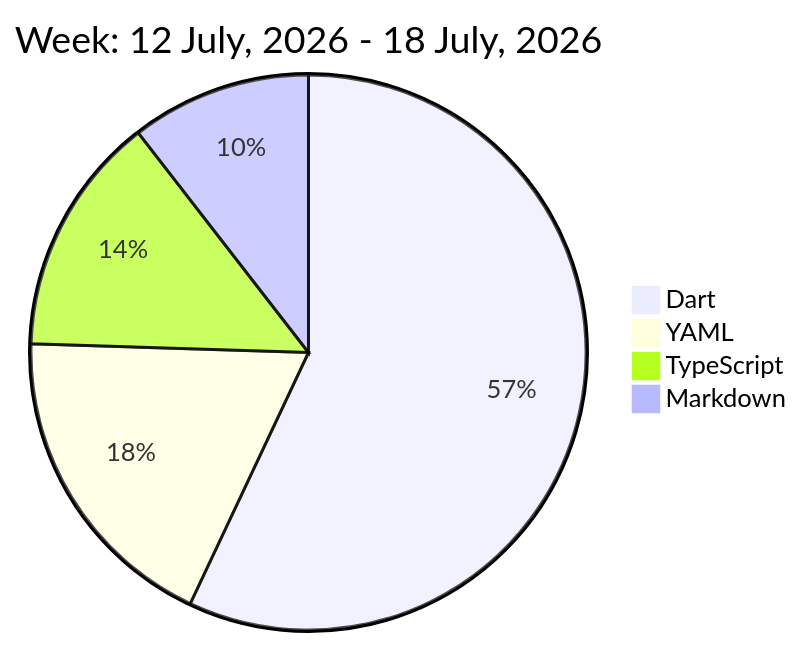
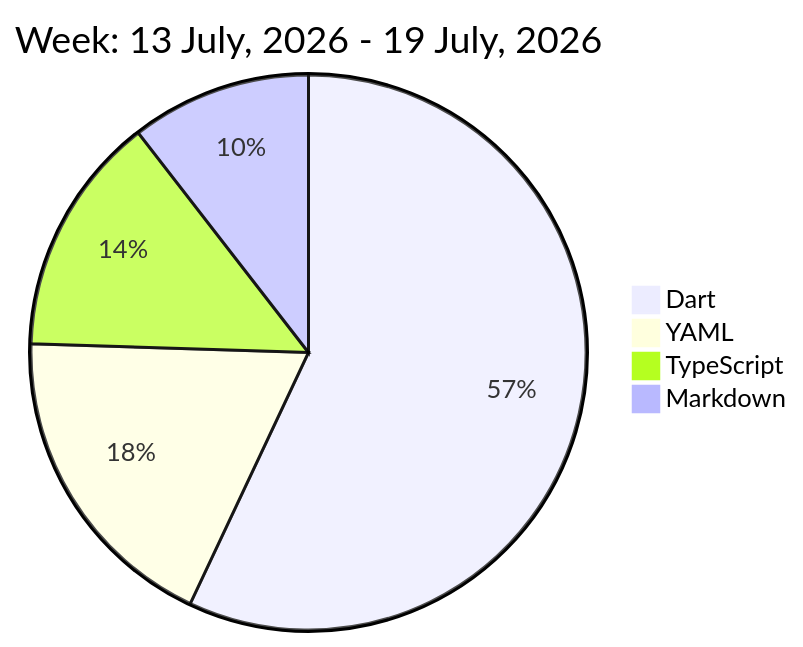
Before and after one commit to liubin95/liubin95: the diagram in README.md, drawn with Mermaid.

Commit message:
Updated the Graph with new Metrics

````diff
--- a/README.md
+++ b/README.md
@@ -32,8 +32,8 @@
 ```mermaid
  pie
-title Week: 12 July, 2026 - 18 July, 2026
+title Week: 13 July, 2026 - 19 July, 2026
  "Dart" : 12.33
  "YAML" : 4.0
  "TypeScript" : 3.03
  "Markdown" : 2.27
 ```
````
